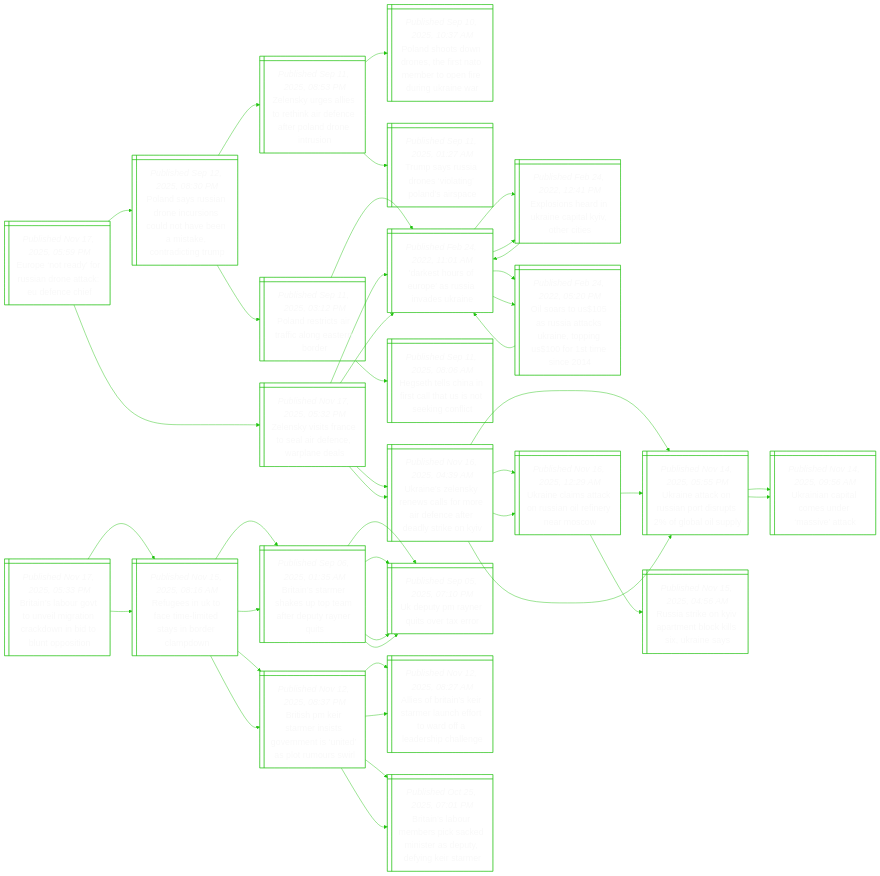
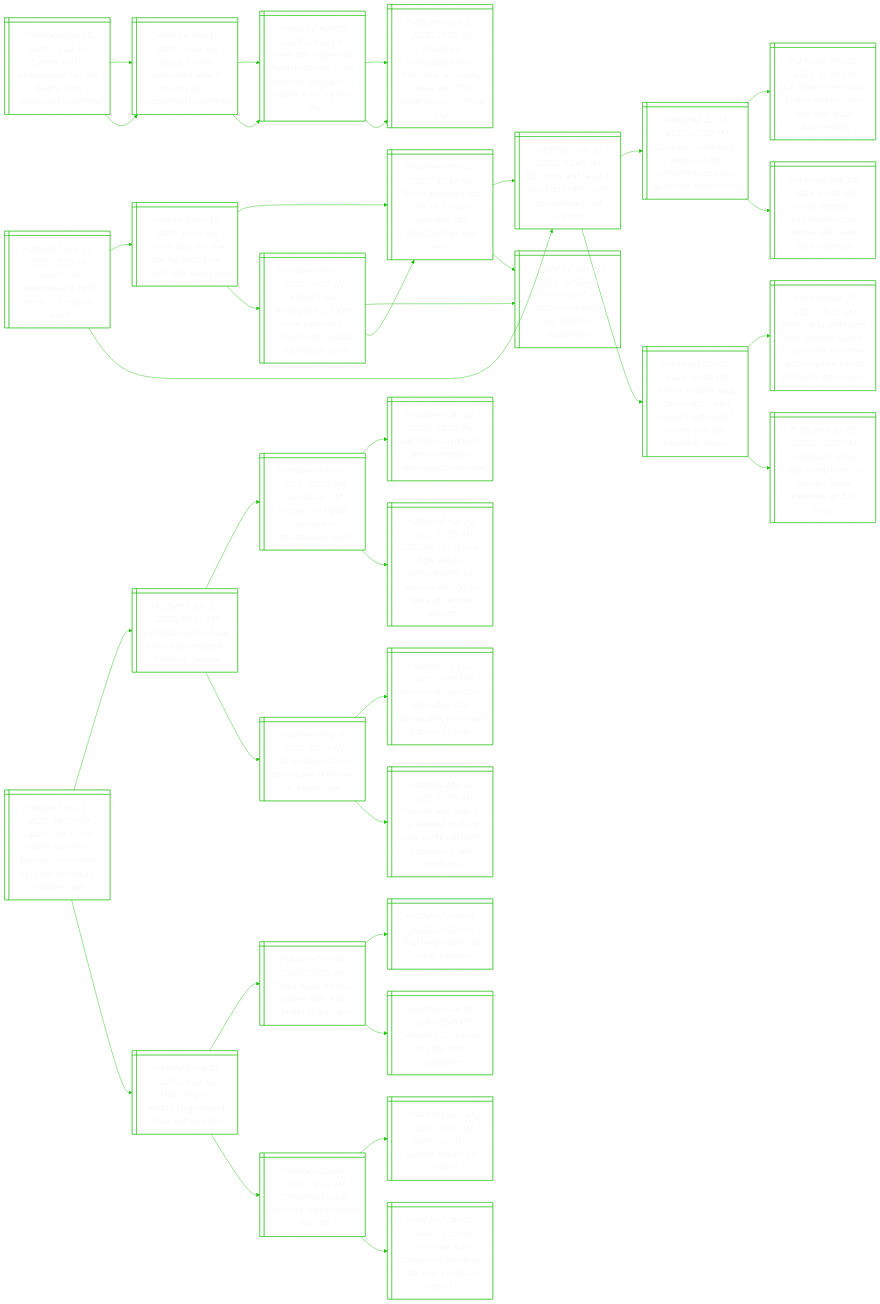
The diagram in README.md (notJmes/notJmes), drawn with Mermaid before and after one commit. The commit also changed other lines of this file, not shown here.

````diff
--- a/README.md
+++ b/README.md
@@ -16,136 +16,118 @@
 flowchart LR
 classDef txtsize font-size:20px;
 
-EeeosrtEeh@{ shape: win-pane, label: "_Published Nov 17, 2025, 05:59 PM_
-Europe ‘not ready’ for russian drone attack: eu defence chief" }
-PdRanunlheiertr@{ shape: win-pane, label: "_Published Sep 12, 2025, 08:30 PM_
-Poland says russian drone incursions could not have been a mistake, contradicting trump" }
-Zsgloirntlrni@{ shape: win-pane, label: "_Published Sep 11, 2025, 08:53 PM_
-Zelensky urges allies to rethink air defence after poland drone intrusion" }
-PdtnefNetndgir@{ shape: win-pane, label: "_Published Sep 10, 2025, 10:37 AM_
-Poland shoots down drones, the first nato member to open fire during ukraine war" }
-TsudsaPds@{ shape: win-pane, label: "_Published Sep 11, 2025, 01:27 AM_
-Trump says russia drones ‘violating’ poland’s airspace" }
-Pdraaaerd@{ shape: win-pane, label: "_Published Sep 11, 2025, 03:12 PM_
-Poland restricts air traffic along eastern border" }
-DsruasvUn@{ shape: win-pane, label: "_Published Feb 24, 2022, 11:01 AM_
-'darkest hours of europe' as russia invades ukraine" }
-Htlniaasegl@{ shape: win-pane, label: "_Published Sep 11, 2025, 08:06 AM_
-Hegseth tells china in first call that us is not seeking conflict" }
-Zssrtleele@{ shape: win-pane, label: "_Published Nov 17, 2025, 05:32 PM_
-Zelensky visits france to seal air defence, warplane deals" }
-DsruasvUn@{ shape: win-pane, label: "_Published Feb 24, 2022, 11:01 AM_
-'darkest hours of europe' as russia invades ukraine" }
-Eshiaalocs@{ shape: win-pane, label: "_Published Feb 24, 2022, 12:41 PM_
-Explosions heard in ukraine capital kyiv, other cities" }
-OaUuakaogrmc@{ shape: win-pane, label: "_Published Feb 24, 2022, 05:20 PM_
-Oil soars to us$105 as russia attacks ukraine, topping us$100 for 1st time since 2014" }
-Unlywlmiefesei@{ shape: win-pane, label: "_Published Nov 16, 2025, 04:39 AM_
-Ukraine’s zelensky renews calls for more air defence after deadly strike on kyiv" }
-Unitnilnes@{ shape: win-pane, label: "_Published Nov 16, 2025, 12:29 AM_
-Ukraine claims attack on russian oil refinery near moscow" }
-UnaRatufasy@{ shape: win-pane, label: "_Published Nov 14, 2025, 05:55 PM_
-Ukraine attack on russian port disrupts 2% of global oil supply" }
+BiCrdgufia@{ shape: win-pane, label: "_Published Nov 17, 2025, 11:28 PM_
+Britain’s bbc ‘determined to fight’ trump defamation claim" }
+Tsieooieet@{ shape: win-pane, label: "_Published Nov 15, 2025, 10:09 AM_
+Trump says will sue bbc for up to $6.4 billion over video edit" }
+TttBhiwaagfio@{ shape: win-pane, label: "_Published Nov 11, 2025, 12:49 AM_
+Trump threatens bbc with $1.3 billion lawsuit as bbc apologises for edit error" }
+Bshfqfroneri@{ shape: win-pane, label: "_Published Nov 10, 2025, 02:45 AM_
+Bbc boss and head of news quit after trump documentary edit criticism" }
+SiUiinenWn@{ shape: win-pane, label: "_Published Jan 07, 2021, 12:55 PM_
+Storming of us capitol: timeline of key events in washington" }
+BiCosueoshrtaoi@{ shape: win-pane, label: "_Published Nov 14, 2025, 05:07 AM_
+Britain’s bbc apologises to trump over panorama speech edit, rejects defamation claim" }
+SiUiinenWn@{ shape: win-pane, label: "_Published Jan 07, 2021, 12:55 PM_
+Storming of us capitol: timeline of key events in washington" }
+TttBhiwaagfio@{ shape: win-pane, label: "_Published Nov 11, 2025, 12:49 AM_
+Trump threatens bbc with $1.3 billion lawsuit as bbc apologises for edit error" }
+Bshfqfroneri@{ shape: win-pane, label: "_Published Nov 10, 2025, 02:45 AM_
+Bbc boss and head of news quit after trump documentary edit criticism" }
+Gonsobhcyerws@{ shape: win-pane, label: "_Published Jul 15, 2025, 01:09 AM_
+Gaza documentary shown on bbc breached accuracy guideline, review finds" }
+UenleewBrdey@{ shape: win-pane, label: "_Published Feb 28, 2025, 11:49 PM_
+Uk government calls urgent meeting with bbc over gaza documentary" }
+IlaaiOwrrBei@{ shape: win-pane, label: "_Published Mar 26, 2025, 03:03 AM_
+Israel releases palestinian oscar winner after west bank detention" }
+BsislBsisedpsnies@{ shape: win-pane, label: "_Published Nov 09, 2025, 09:00 PM_
+British minister says claims bbc misled viewers with edited trump clips are ‘incredibly serious’" }
+TtpswoCooamdphcmvn@{ shape: win-pane, label: "_Published Jan 07, 2021, 06:21 AM_
+Trump tells protesters who stormed capitol to go home as former aides implore him to condemn the violence" }
+PoesToisiewin@{ shape: win-pane, label: "_Published Jul 02, 2025, 02:09 PM_
+Paramount settles with trump over 60 minutes harris interview for $20 million" }
 
-EeeosrtEeh:::txtsize --> PdRanunlheiertr:::txtsize
-PdRanunlheiertr:::txtsize --> Zsgloirntlrni:::txtsize
-Zsgloirntlrni:::txtsize --> PdtnefNetndgir:::txtsize
-Zsgloirntlrni:::txtsize --> TsudsaPds:::txtsize
-PdRanunlheiertr:::txtsize --> Pdraaaerd:::txtsize
-Pdraaaerd:::txtsize --> DsruasvUn:::txtsize
-Pdraaaerd:::txtsize --> Htlniaasegl:::txtsize
-EeeosrtEeh:::txtsize --> Zssrtleele:::txtsize
-Zssrtleele:::txtsize --> DsruasvUn:::txtsize
-DsruasvUn:::txtsize --> Eshiaalocs:::txtsize
-DsruasvUn:::txtsize --> OaUuakaogrmc:::txtsize
-Zssrtleele:::txtsize --> Unlywlmiefesei:::txtsize
-Unlywlmiefesei:::txtsize --> Unitnilnes:::txtsize
-Unlywlmiefesei:::txtsize --> UnaRatufasy:::txtsize
+BiCrdgufia:::txtsize --> Tsieooieet:::txtsize
+Tsieooieet:::txtsize --> TttBhiwaagfio:::txtsize
+TttBhiwaagfio:::txtsize --> Bshfqfroneri:::txtsize
+TttBhiwaagfio:::txtsize --> SiUiinenWn:::txtsize
+Tsieooieet:::txtsize --> BiCosueoshrtaoi:::txtsize
+BiCosueoshrtaoi:::txtsize --> SiUiinenWn:::txtsize
+BiCosueoshrtaoi:::txtsize --> TttBhiwaagfio:::txtsize
+BiCrdgufia:::txtsize --> Bshfqfroneri:::txtsize
+Bshfqfroneri:::txtsize --> Gonsobhcyerws:::txtsize
+Gonsobhcyerws:::txtsize --> UenleewBrdey:::txtsize
+Gonsobhcyerws:::txtsize --> IlaaiOwrrBei:::txtsize
+Bshfqfroneri:::txtsize --> BsislBsisedpsnies:::txtsize
+BsislBsisedpsnies:::txtsize --> TtpswoCooamdphcmvn:::txtsize
+BsislBsisedpsnies:::txtsize --> PoesToisiewin:::txtsize
 
-Biboulacdnotsn@{ shape: win-pane, label: "_Published Nov 17, 2025, 05:33 PM_
-Britain’s labour govt to unveil migration crackdown in bid to blunt opposition" }
-ReUamitnemn@{ shape: win-pane, label: "_Published Nov 15, 2025, 08:16 AM_
-Refugees in uk to face time-limited stays in border clampdown" }
-Biasspadyet@{ shape: win-pane, label: "_Published Sep 06, 2025, 01:35 AM_
-Britain’s starmer shakes up top team after deputy rayner quits" }
-UuRrstr@{ shape: win-pane, label: "_Published Sep 05, 2025, 07:10 PM_
-Uk deputy pm rayner quits over tax error" }
-UuRrstr@{ shape: win-pane, label: "_Published Sep 05, 2025, 07:10 PM_
-Uk deputy pm rayner quits over tax error" }
-Bseaitennatui@{ shape: win-pane, label: "_Published Nov 12, 2025, 08:37 PM_
-British pm keir starmer insists government is ‘united’ as plot rumours swirl" }
-AsisSenfooeshn@{ shape: win-pane, label: "_Published Nov 12, 2025, 08:27 AM_
-Allies of britain’s keir starmer launch effort to ward off a leadership challenge" }
-Bibessdsstyea@{ shape: win-pane, label: "_Published Oct 25, 2025, 07:01 PM_
-Britain’s labour members pick sacked minister as deputy, defying keir starmer" }
-ReUamitnemn@{ shape: win-pane, label: "_Published Nov 15, 2025, 08:16 AM_
-Refugees in uk to face time-limited stays in border clampdown" }
-Biasspadyet@{ shape: win-pane, label: "_Published Sep 06, 2025, 01:35 AM_
-Britain’s starmer shakes up top team after deputy rayner quits" }
-UuRrstr@{ shape: win-pane, label: "_Published Sep 05, 2025, 07:10 PM_
-Uk deputy pm rayner quits over tax error" }
-UuRrstr@{ shape: win-pane, label: "_Published Sep 05, 2025, 07:10 PM_
-Uk deputy pm rayner quits over tax error" }
-Bseaitennatui@{ shape: win-pane, label: "_Published Nov 12, 2025, 08:37 PM_
-British pm keir starmer insists government is ‘united’ as plot rumours swirl" }
-AsisSenfooeshn@{ shape: win-pane, label: "_Published Nov 12, 2025, 08:27 AM_
-Allies of britain’s keir starmer launch effort to ward off a leadership challenge" }
-Bibessdsstyea@{ shape: win-pane, label: "_Published Oct 25, 2025, 07:01 PM_
-Britain’s labour members pick sacked minister as deputy, defying keir starmer" }
+Eniaoottopdo@{ shape: win-pane, label: "_Published Nov 17, 2025, 11:21 PM_
+Eleven held in istanbul over tourists’ deaths from suspected poisoning" }
+Ibtaeerdscoi@{ shape: win-pane, label: "_Published Nov 16, 2025, 05:14 AM_
+Istanbul hotel evacuated after 3 tourists die of suspected poisoning" }
+Outosgsewhtihh@{ shape: win-pane, label: "_Published Nov 10, 2025, 04:08 PM_
+Over 200 suspected food poisoning cases linked to two banh mi outlets in ho chi minh city" }
+Ienisfeineedflis@{ shape: win-pane, label: "_Published Oct 30, 2025, 10:25 AM_
+Indonesia investigates more free-meal poisoning cases after 700 students fall ill, official says" }
+Ibtaeerdscoi@{ shape: win-pane, label: "_Published Nov 16, 2025, 05:14 AM_
+Istanbul hotel evacuated after 3 tourists die of suspected poisoning" }
+Outosgsewhtihh@{ shape: win-pane, label: "_Published Nov 10, 2025, 04:08 PM_
+Over 200 suspected food poisoning cases linked to two banh mi outlets in ho chi minh city" }
+Ienisfeineedflis@{ shape: win-pane, label: "_Published Oct 30, 2025, 10:25 AM_
+Indonesia investigates more free-meal poisoning cases after 700 students fall ill, official says" }
 
-Biboulacdnotsn:::txtsize --> ReUamitnemn:::txtsize
-ReUamitnemn:::txtsize --> Biasspadyet:::txtsize
-Biasspadyet:::txtsize --> UuRrstr:::txtsize
-Biasspadyet:::txtsize --> UuRrstr:::txtsize
-ReUamitnemn:::txtsize --> Bseaitennatui:::txtsize
-Bseaitennatui:::txtsize --> AsisSenfooeshn:::txtsize
-Bseaitennatui:::txtsize --> Bibessdsstyea:::txtsize
-Biboulacdnotsn:::txtsize --> ReUamitnemn:::txtsize
-ReUamitnemn:::txtsize --> Biasspadyet:::txtsize
-Biasspadyet:::txtsize --> UuRrstr:::txtsize
-Biasspadyet:::txtsize --> UuRrstr:::txtsize
-ReUamitnemn:::txtsize --> Bseaitennatui:::txtsize
-Bseaitennatui:::txtsize --> AsisSenfooeshn:::txtsize
-Bseaitennatui:::txtsize --> Bibessdsstyea:::txtsize
+Eniaoottopdo:::txtsize --> Ibtaeerdscoi:::txtsize
+Ibtaeerdscoi:::txtsize --> Outosgsewhtihh:::txtsize
+Outosgsewhtihh:::txtsize --> Ienisfeineedflis:::txtsize
+Eniaoottopdo:::txtsize --> Ibtaeerdscoi:::txtsize
+Ibtaeerdscoi:::txtsize --> Outosgsewhtihh:::txtsize
+Outosgsewhtihh:::txtsize --> Ienisfeineedflis:::txtsize
 
-Zssrtleele@{ shape: win-pane, label: "_Published Nov 17, 2025, 05:32 PM_
-Zelensky visits france to seal air defence, warplane deals" }
-DsruasvUn@{ shape: win-pane, label: "_Published Feb 24, 2022, 11:01 AM_
-'darkest hours of europe' as russia invades ukraine" }
-Eshiaalocs@{ shape: win-pane, label: "_Published Feb 24, 2022, 12:41 PM_
-Explosions heard in ukraine capital kyiv, other cities" }
-DsruasvUn@{ shape: win-pane, label: "_Published Feb 24, 2022, 11:01 AM_
-'darkest hours of europe' as russia invades ukraine" }
-OaUuakaogrmc@{ shape: win-pane, label: "_Published Feb 24, 2022, 05:20 PM_
-Oil soars to us$105 as russia attacks ukraine, topping us$100 for 1st time since 2014" }
-DsruasvUn@{ shape: win-pane, label: "_Published Feb 24, 2022, 11:01 AM_
-'darkest hours of europe' as russia invades ukraine" }
-Unlywlmiefesei@{ shape: win-pane, label: "_Published Nov 16, 2025, 04:39 AM_
-Ukraine’s zelensky renews calls for more air defence after deadly strike on kyiv" }
-Unitnilnes@{ shape: win-pane, label: "_Published Nov 16, 2025, 12:29 AM_
-Ukraine claims attack on russian oil refinery near moscow" }
-RakyanclUns@{ shape: win-pane, label: "_Published Nov 15, 2025, 04:56 AM_
-Russia strike on kyiv apartment block kills six, ukraine says" }
-UnaRatufasy@{ shape: win-pane, label: "_Published Nov 14, 2025, 05:55 PM_
-Ukraine attack on russian port disrupts 2% of global oil supply" }
-UnaRatufasy@{ shape: win-pane, label: "_Published Nov 14, 2025, 05:55 PM_
-Ukraine attack on russian port disrupts 2% of global oil supply" }
-Unalsrit@{ shape: win-pane, label: "_Published Nov 14, 2025, 09:56 AM_
-Ukrainian capital comes under ‘massive’ attack" }
-Unalsrit@{ shape: win-pane, label: "_Published Nov 14, 2025, 09:56 AM_
-Ukrainian capital comes under ‘massive’ attack" }
+SaoaBlieiedossa@{ shape: win-pane, label: "_Published Nov 17, 2025, 09:37 PM_
+Spain aims to cut madrid-barcelona high speed rail time to under two hours, minister says" }
+EtauiodFfe@{ shape: win-pane, label: "_Published Jun 11, 2025, 07:04 AM_
+Eurostar plans 5-hour trains from london to frankfurt, geneva" }
+Lroinnrsacw@{ shape: win-pane, label: "_Published Feb 16, 2025, 02:35 PM_
+Late trains, old bridges, no signal: germany's infrastructure woes" }
+Gnnemrrhere@{ shape: win-pane, label: "_Published Jan 24, 2024, 03:20 PM_
+German train drivers ramp up pressure with longest strike yet" }
+sfldseisrtortap@{ shape: win-pane, label: "_Published Apr 20, 2023, 06:23 AM_
+100,000 set to face flight delays, cancellations as security staff go on strike at german airports" }
+CttstreFe@{ shape: win-pane, label: "_Published May 18, 2025, 10:30 AM_
+Cat on train tracks? 20 minutes to retrieve it, france says" }
+Fhotntalarvtd@{ shape: win-pane, label: "_Published Jul 04, 2023, 10:55 PM_
+French rail operator fined after train deliberately runs over cat named neko" }
+PtdologsttsMtni@{ shape: win-pane, label: "_Published Mar 27, 2025, 08:00 AM_
+Pet cats and dogs to be allowed on hong kong’s light rail trains from may in two-month trial" }
+Miorieadi@{ shape: win-pane, label: "_Published Aug 11, 2025, 08:07 AM_
+Man clings to austrian high-speed train and survives" }
+Tdelrtarim@{ shape: win-pane, label: "_Published Jul 28, 2025, 03:25 AM_
+Three dead, several injured after train derails in germany" }
+Trtntkn@{ shape: win-pane, label: "_Published Aug 04, 2023, 07:20 PM_
+Thai freight train hits truck, killing 8" }
+Tlnddare@{ shape: win-pane, label: "_Published Jul 30, 2024, 02:40 PM_
+Two killed, 20 injured in india train derailment" }
+Ctckfnst@{ shape: win-pane, label: "_Published Jun 06, 2024, 09:14 AM_
+Czech train crash kills four, injures more than 20" }
+SieuAtcs@{ shape: win-pane, label: "_Published May 11, 2024, 02:06 AM_
+Sixty injured in buenos aires train collision" }
+Ctalonsluutt@{ shape: win-pane, label: "_Published Jan 05, 2024, 11:15 AM_
+Commuter train collision in indonesia kills four, injures at least 42" }
 
-Zssrtleele:::txtsize --> DsruasvUn:::txtsize
-DsruasvUn:::txtsize --> Eshiaalocs:::txtsize
-Eshiaalocs:::txtsize --> DsruasvUn:::txtsize
-DsruasvUn:::txtsize --> OaUuakaogrmc:::txtsize
-OaUuakaogrmc:::txtsize --> DsruasvUn:::txtsize
-Zssrtleele:::txtsize --> Unlywlmiefesei:::txtsize
-Unlywlmiefesei:::txtsize --> Unitnilnes:::txtsize
-Unitnilnes:::txtsize --> RakyanclUns:::txtsize
-Unitnilnes:::txtsize --> UnaRatufasy:::txtsize
-Unlywlmiefesei:::txtsize --> UnaRatufasy:::txtsize
-UnaRatufasy:::txtsize --> Unalsrit:::txtsize
-UnaRatufasy:::txtsize --> Unalsrit:::txtsize
+SaoaBlieiedossa:::txtsize --> EtauiodFfe:::txtsize
+EtauiodFfe:::txtsize --> Lroinnrsacw:::txtsize
+Lroinnrsacw:::txtsize --> Gnnemrrhere:::txtsize
+Lroinnrsacw:::txtsize --> sfldseisrtortap:::txtsize
+EtauiodFfe:::txtsize --> CttstreFe:::txtsize
+CttstreFe:::txtsize --> Fhotntalarvtd:::txtsize
+CttstreFe:::txtsize --> PtdologsttsMtni:::txtsize
+SaoaBlieiedossa:::txtsize --> Miorieadi:::txtsize
+Miorieadi:::txtsize --> Tdelrtarim:::txtsize
+Tdelrtarim:::txtsize --> Trtntkn:::txtsize
+Tdelrtarim:::txtsize --> Tlnddare:::txtsize
+Miorieadi:::txtsize --> Ctckfnst:::txtsize
+Ctckfnst:::txtsize --> SieuAtcs:::txtsize
+Ctckfnst:::txtsize --> Ctalonsluutt:::txtsize
 
 ```
````
